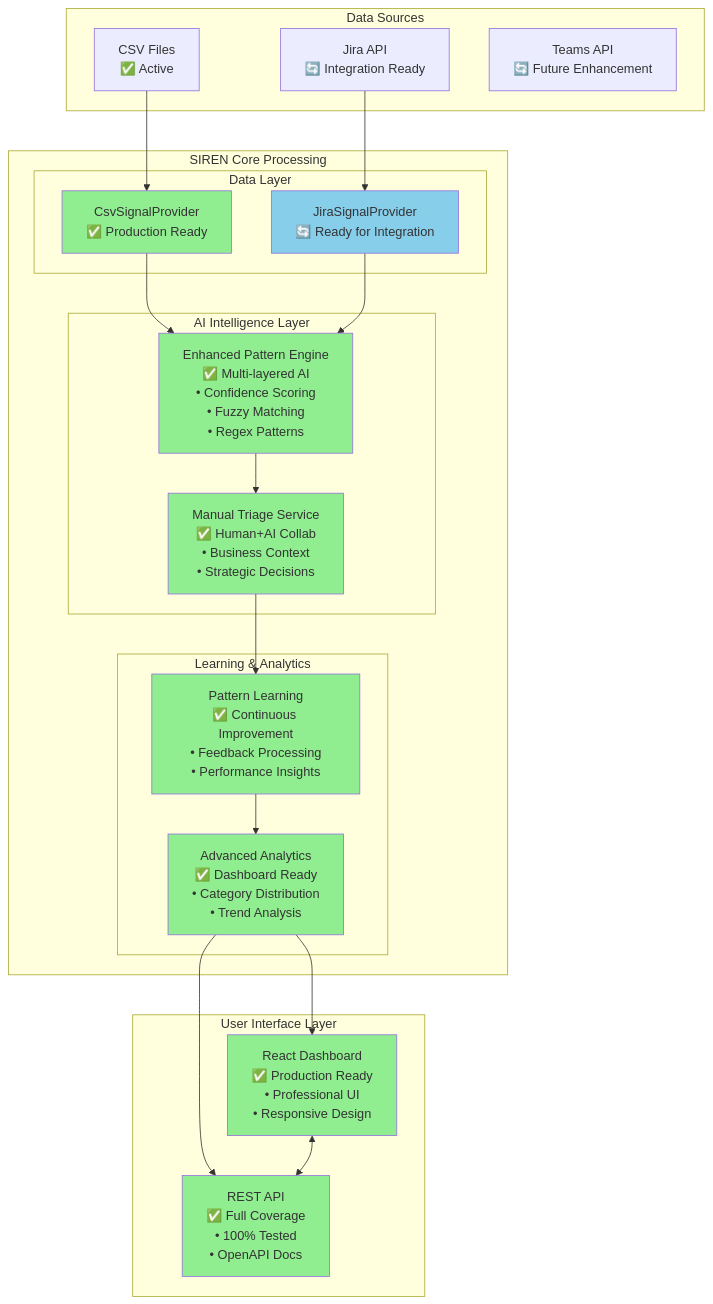
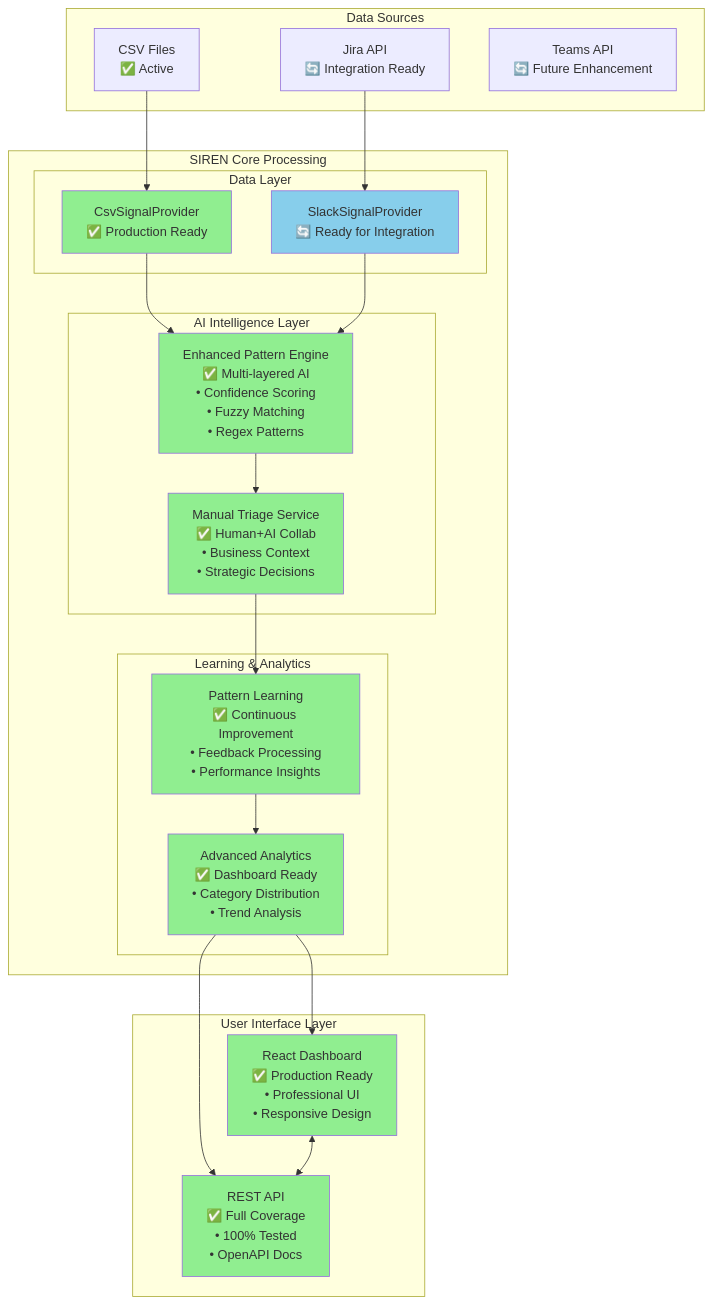
Before and after one commit to BLeberSmeaton/siren: the first of 7 diagrams in Documentation/DIAGRAMS.md, drawn with Mermaid. The commit also changed 1 other file, not shown here.

Commit message:
update diagrams and json

````diff
--- a/Documentation/DIAGRAMS.md
+++ b/Documentation/DIAGRAMS.md
@@ -5,53 +5,53 @@
 ```mermaid
 graph TB
     subgraph "Data Sources"
         CSV[CSV Files<br/>✅ Active]
         JIRA[Jira API<br/>🔄 Integration Ready]
         TEAMS[Teams API<br/>🔄 Future Enhancement]
     end
     
     subgraph "SIREN Core Processing"
         subgraph "Data Layer"
             CSVP[CsvSignalProvider<br/>✅ Production Ready]
-            JIRAP[JiraSignalProvider<br/>🔄 Ready for Integration]
+            JIRAP[SlackSignalProvider<br/>🔄 Ready for Integration]
         end
         
         subgraph "AI Intelligence Layer"
             PATTERN[Enhanced Pattern Engine<br/>✅ Multi-layered AI<br/>• Confidence Scoring<br/>• Fuzzy Matching<br/>• Regex Patterns]
             TRIAGE[Manual Triage Service<br/>✅ Human+AI Collab<br/>• Business Context<br/>• Strategic Decisions]
         end
         
         subgraph "Learning & Analytics"
             LEARNING[Pattern Learning<br/>✅ Continuous Improvement<br/>• Feedback Processing<br/>• Performance Insights]
             ANALYTICS[Advanced Analytics<br/>✅ Dashboard Ready<br/>• Category Distribution<br/>• Trend Analysis]
         end
     end
     
     subgraph "User Interface Layer"
         DASH[React Dashboard<br/>✅ Production Ready<br/>• Professional UI<br/>• Responsive Design]
         API[REST API<br/>✅ Full Coverage<br/>• 100% Tested<br/>• OpenAPI Docs]
     end
     
     CSV --> CSVP
     JIRA --> JIRAP
     
     CSVP --> PATTERN
     JIRAP --> PATTERN
     
     PATTERN --> TRIAGE
     TRIAGE --> LEARNING
     LEARNING --> ANALYTICS
     
     ANALYTICS --> DASH
     ANALYTICS --> API
     DASH <--> API
     
     style CSVP fill:#90EE90
     style PATTERN fill:#90EE90
     style TRIAGE fill:#90EE90
     style LEARNING fill:#90EE90
     style ANALYTICS fill:#90EE90
     style DASH fill:#90EE90
     style API fill:#90EE90
     style JIRAP fill:#87CEEB
 ```
````
